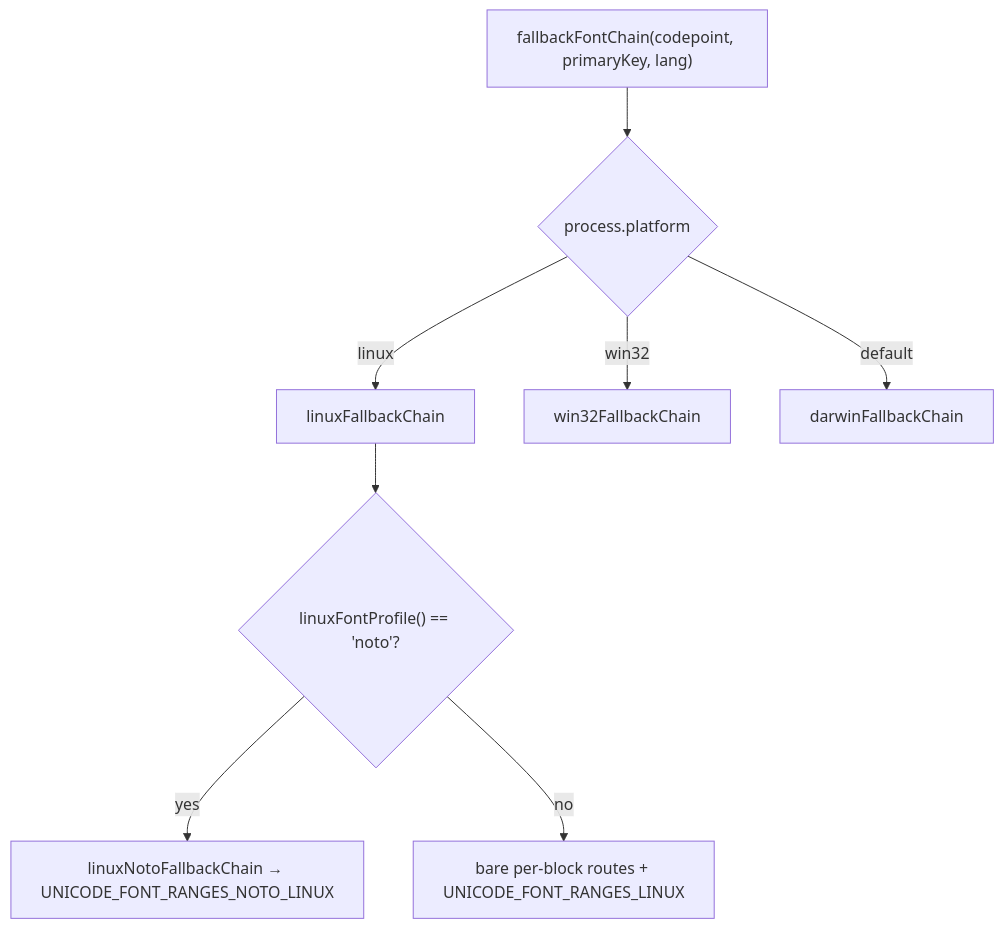
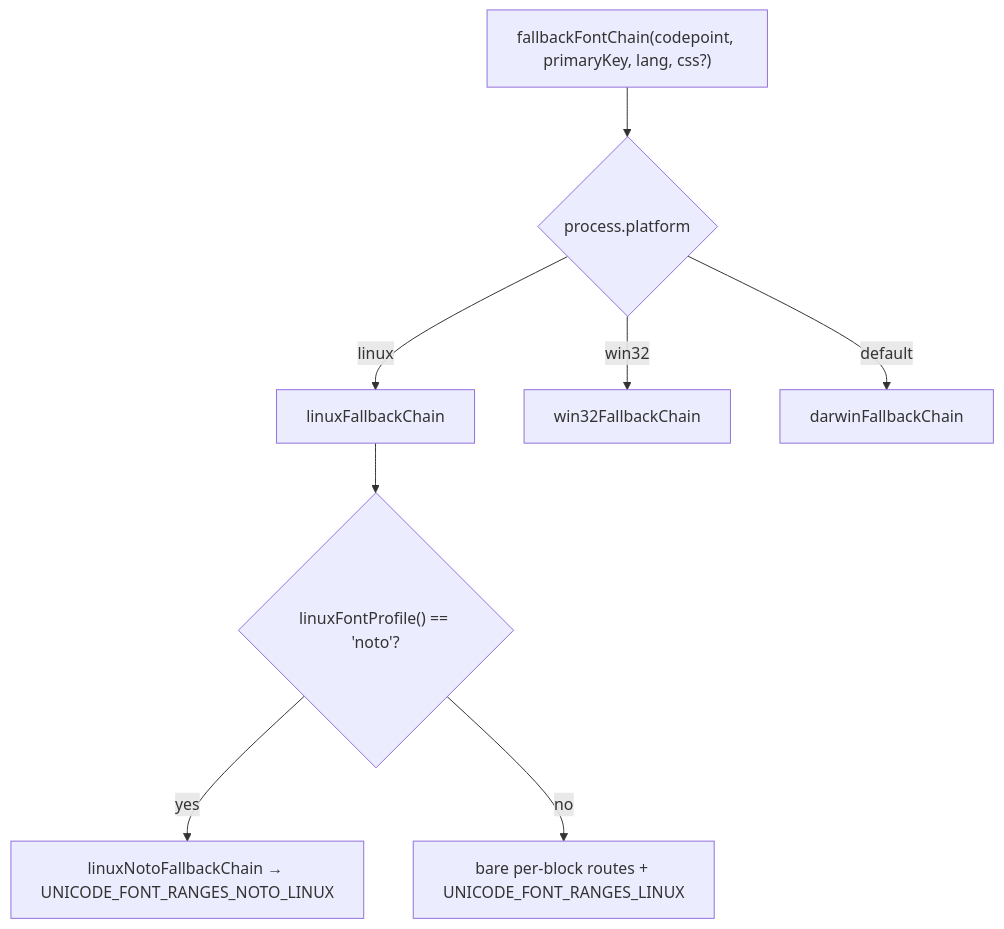
Before and after one commit to brianwestphal/domotion: the seventh of 10 diagrams in docs/font-resolution-diagram.md, drawn with Mermaid. The commit also changed other lines of this file and 7 other files, not shown here.

````diff
--- a/docs/font-resolution-diagram.md
+++ b/docs/font-resolution-diagram.md
@@ -506,10 +506,10 @@
 ```mermaid
 flowchart TD
-  FB0["fallbackFontChain(codepoint, primaryKey, lang)"] --> FB1{"process.platform"}
+  FB0["fallbackFontChain(codepoint, primaryKey, lang, css?)"] --> FB1{"process.platform"}
   FB1 -->|"linux"| FBL["linuxFallbackChain"]
   FB1 -->|"win32"| FBW["win32FallbackChain"]
   FB1 -->|"default"| FBD["darwinFallbackChain"]
   FBL --> FBLN{"linuxFontProfile() == 'noto'?"}
   FBLN -->|"yes"| FBLNoto["linuxNotoFallbackChain → UNICODE_FONT_RANGES_NOTO_LINUX"]
   FBLN -->|"no"| FBLBare["bare per-block routes + UNICODE_FONT_RANGES_LINUX"]
 ```
````
